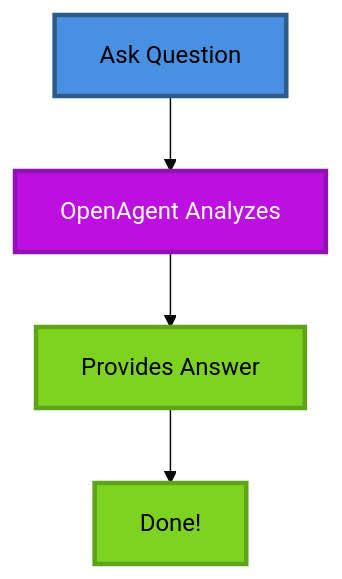
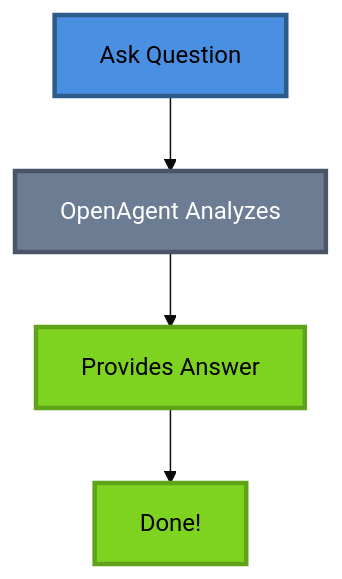
The second of 17 diagrams in docs/agents/openagent.md (shahboura/agents-copilot), drawn with Mermaid (base theme) before and after one commit. The commit also changed other lines of this file and 25 other files, not shown here.

````diff
--- a/docs/agents/openagent.md
+++ b/docs/agents/openagent.md
@@ -75,11 +75,11 @@
 ```mermaid
 graph TD
     A[Ask Question] --> B[OpenAgent Analyzes]
     B --> C[Provides Answer]
     C --> D[Done!]
     
     style A fill:#4A90E2,stroke:#2E5C8A,stroke-width:3px,color:#000
-    style B fill:#BD10E0,stroke:#9012B3,stroke-width:3px,color:#fff
+    style B fill:#6B7C93,stroke:#4A5568,stroke-width:3px,color:#fff
     style C fill:#7ED321,stroke:#5FA319,stroke-width:3px,color:#000
     style D fill:#7ED321,stroke:#5FA319,stroke-width:3px,color:#000
 ```
````
